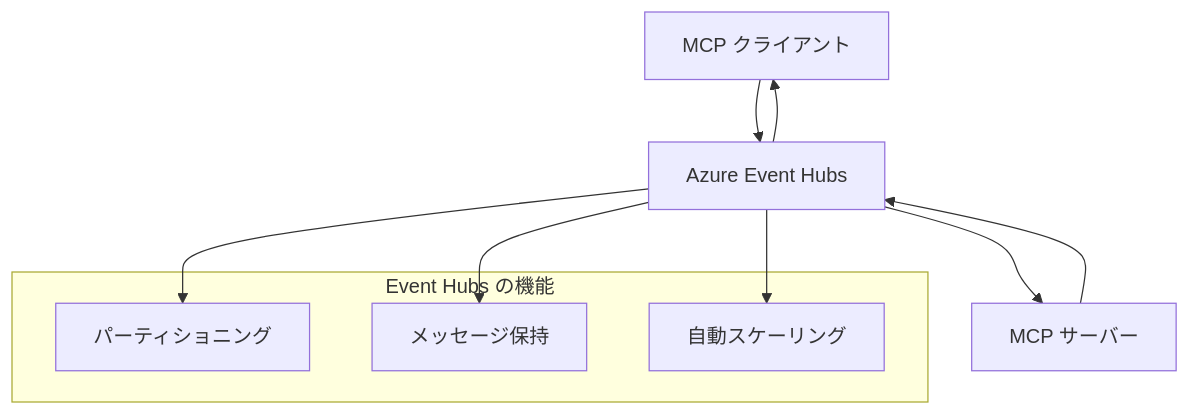
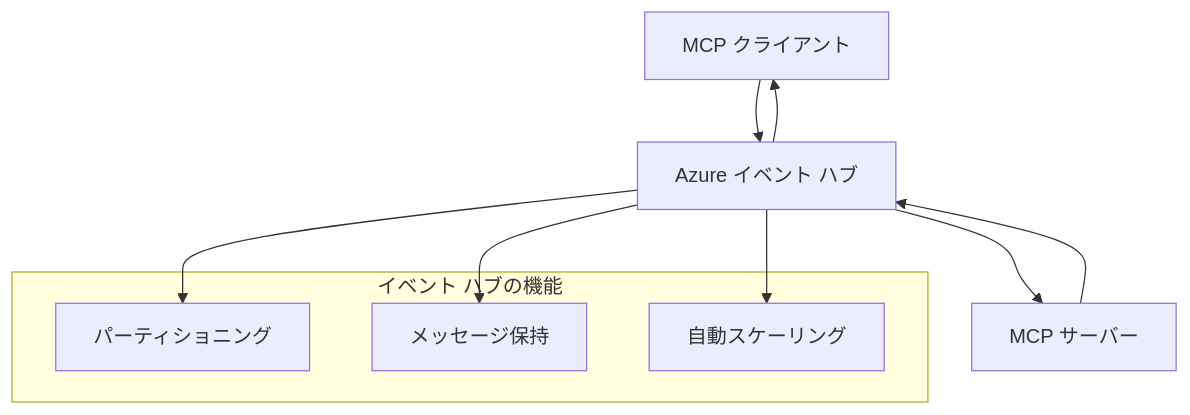
Before and after one commit to HIDORAKAI002/ai-workspace-archive: the second of 2 diagrams in mcp_ecosystem__model_context_protocol/mcp_learning_resources/mcp-for-beginners/translations/ja/05-AdvancedTopics/mcp-transport/README.md, drawn with Mermaid. The commit also changed other lines of this file and 1539 other files, not shown here.

````diff
--- a/mcp_ecosystem__model_context_protocol/mcp_learning_resources/mcp-for-beginners/translations/ja/05-AdvancedTopics/mcp-transport/README.md
+++ b/mcp_ecosystem__model_context_protocol/mcp_learning_resources/mcp-for-beginners/translations/ja/05-AdvancedTopics/mcp-transport/README.md
@@ -269,17 +270,17 @@
 ```mermaid
 graph TB
-    Client[MCP クライアント] --> EH[Azure Event Hubs]
+    Client[MCP クライアント] --> EH[Azure イベント ハブ]
     EH --> Server[MCP サーバー]
     Server --> EH
     EH --> Client
     
-    subgraph "Event Hubs の機能"
+    subgraph "イベント ハブの機能"
         Partition[パーティショニング]
         Retention[メッセージ保持]
         Scaling[自動スケーリング]
     end
     
     EH --> Partition
     EH --> Retention
     EH --> Scaling
 ```
````
